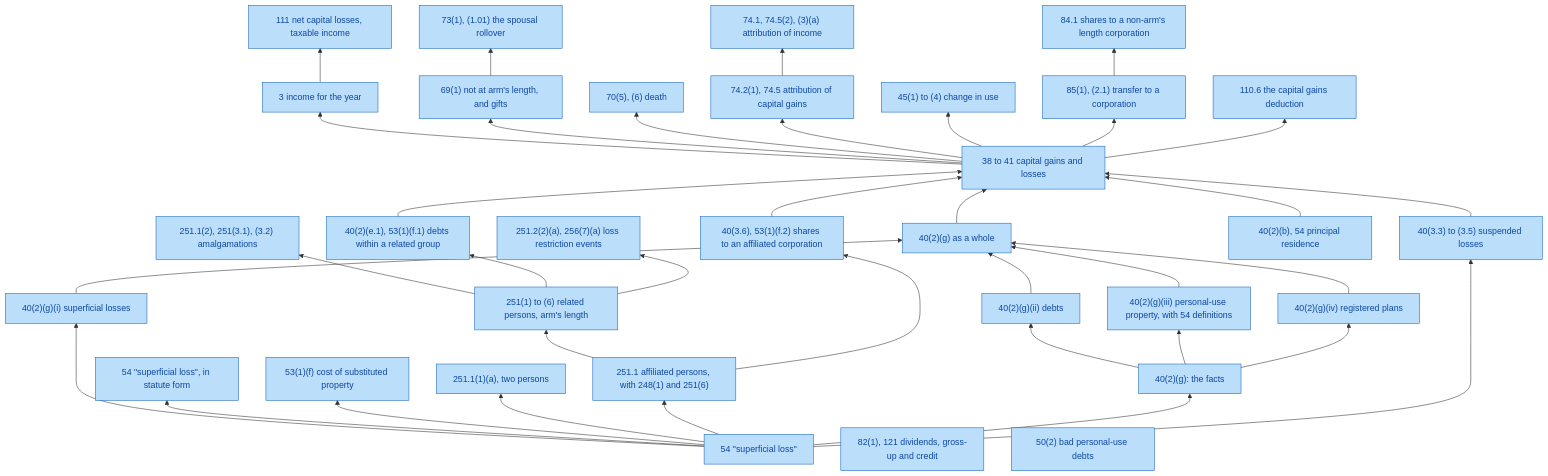
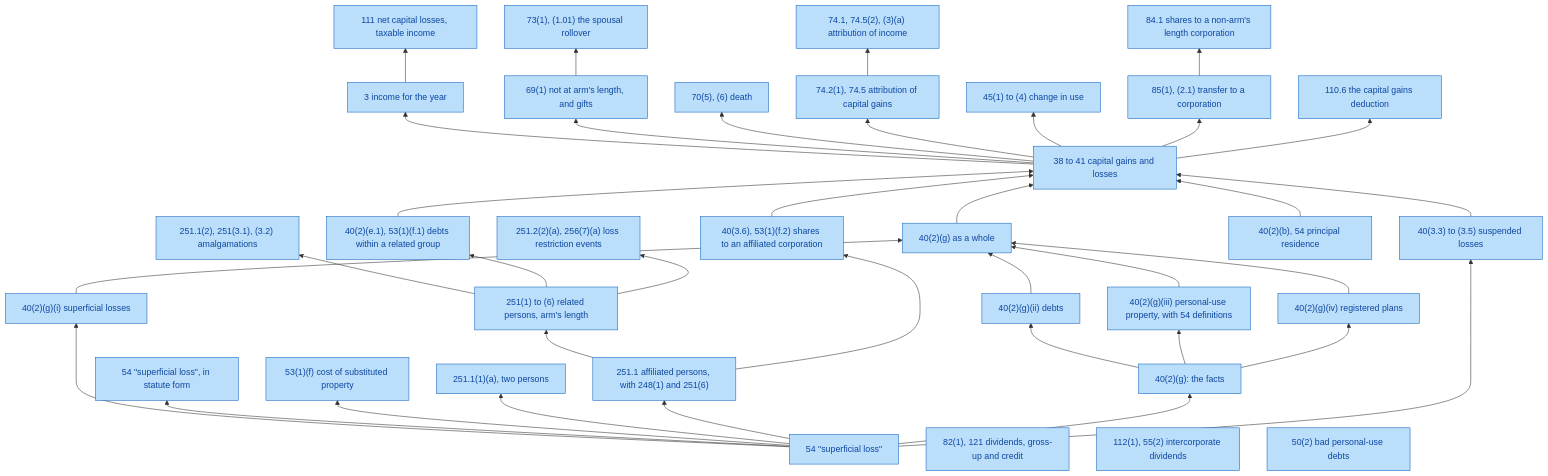
One commit to SeanWMurray/Canteen changed the diagram in docs/graphs/provisions.md. Above: the diagram before and after it, drawn with Mermaid. The commit also changed 16 other files, not shown here.

First line of the commit message:
Encode intercorporate dividends: 112(1), and 55(2), (2.1), (3), (5)(f)

````diff
--- a/docs/graphs/provisions.md
+++ b/docs/graphs/provisions.md
@@ -7,71 +7,72 @@
 ```mermaid
 flowchart BT
   v0["54 #quot;superficial loss#quot;"]:::prov
   v1["40(2)(g)(i) superficial losses"]:::prov
   v2["54 #quot;superficial loss#quot;, in statute form"]:::prov
   v3["53(1)(f) cost of substituted property"]:::prov
   v4["251.1(1)(a), two persons"]:::prov
   v5["251.1 affiliated persons, with 248(1) and 251(6)"]:::prov
   v6["251(1) to (6) related persons, arm's length"]:::prov
   v7["251.1(2), 251(3.1), (3.2) amalgamations"]:::prov
   v8["40(2)(g): the facts"]:::prov
   v9["40(2)(g)(ii) debts"]:::prov
   v10["40(2)(g)(iii) personal-use property, with 54 definitions"]:::prov
   v11["40(2)(g)(iv) registered plans"]:::prov
   v12["40(2)(g) as a whole"]:::prov
   v13["40(3.3) to (3.5) suspended losses"]:::prov
   v14["40(3.6), 53(1)(f.2) shares to an affiliated corporation"]:::prov
   v15["40(2)(e.1), 53(1)(f.1) debts within a related group"]:::prov
   v16["40(2)(b), 54 principal residence"]:::prov
   v17["38 to 41 capital gains and losses"]:::prov
   v18["3 income for the year"]:::prov
   v19["111 net capital losses, taxable income"]:::prov
   v20["69(1) not at arm's length, and gifts"]:::prov
   v21["73(1), (1.01) the spousal rollover"]:::prov
   v22["70(5), (6) death"]:::prov
   v23["74.2(1), 74.5 attribution of capital gains"]:::prov
   v24["45(1) to (4) change in use"]:::prov
   v25["85(1), (2.1) transfer to a corporation"]:::prov
   v26["84.1 shares to a non-arm's length corporation"]:::prov
   v27["110.6 the capital gains deduction"]:::prov
   v28["251.2(2)(a), 256(7)(a) loss restriction events"]:::prov
   v29["74.1, 74.5(2), (3)(a) attribution of income"]:::prov
   v30["82(1), 121 dividends, gross-up and credit"]:::prov
-  v31["50(2) bad personal-use debts"]:::prov
+  v31["112(1), 55(2) intercorporate dividends"]:::prov
+  v32["50(2) bad personal-use debts"]:::prov
   v0 --> v1
   v0 --> v2
   v0 --> v3
   v0 --> v4
   v0 --> v5
   v5 --> v6
   v6 --> v7
   v0 --> v8
   v8 --> v9
   v8 --> v10
   v8 --> v11
   v9 --> v12
   v10 --> v12
   v11 --> v12
   v1 --> v12
   v0 --> v13
   v5 --> v14
   v6 --> v15
   v12 --> v17
   v13 --> v17
   v14 --> v17
   v15 --> v17
   v16 --> v17
   v17 --> v18
   v18 --> v19
   v17 --> v20
   v20 --> v21
   v17 --> v22
   v17 --> v23
   v17 --> v24
   v17 --> v25
   v25 --> v26
   v17 --> v27
   v6 --> v28
   v23 --> v29
   classDef prov fill:#bbdefb,stroke:#1565c0,color:#0d47a1
 ```
````
